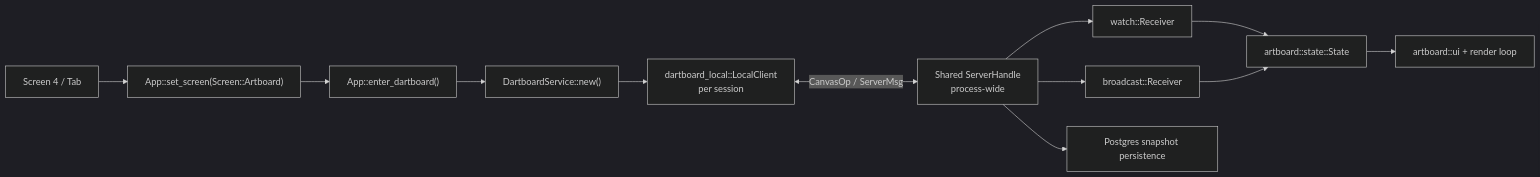
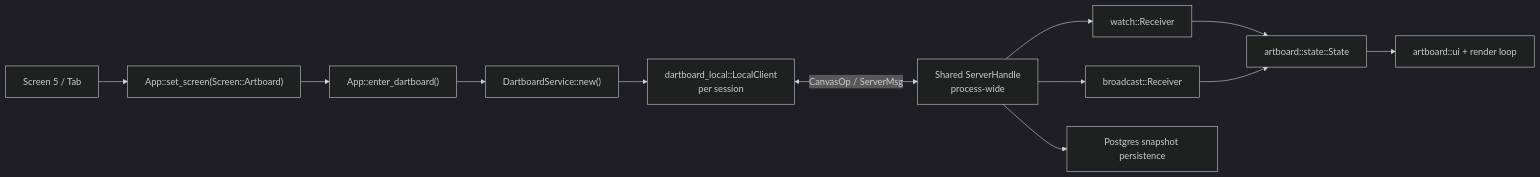
Before and after one commit to mpiorowski/late-sh: the seventh of 7 diagrams in CONTEXT.md, drawn with Mermaid (dark theme). The commit also changed other lines of this file and 13 other files, not shown here.

````diff
--- a/CONTEXT.md
+++ b/CONTEXT.md
@@ -446,14 +453,14 @@
 ```mermaid
 flowchart LR
-    Nav["Screen 4 / Tab"] --> Page["App::set_screen(Screen::Artboard)"]
+    Nav["Screen 5 / Tab"] --> Page["App::set_screen(Screen::Artboard)"]
     Page --> Enter["App::enter_dartboard()"]
     Enter --> Svc["DartboardService::new()"]
     Svc --> Client["dartboard_local::LocalClient<br/>per session"]
     Client <-->|CanvasOp / ServerMsg| Server["Shared ServerHandle<br/>process-wide"]
     Server --> Snap["watch::Receiver<DartboardSnapshot>"]
     Server --> Events["broadcast::Receiver<DartboardEvent>"]
     Snap --> State["artboard::state::State"]
     Events --> State
     State --> UI["artboard::ui + render loop"]
     Server --> Persist["Postgres snapshot persistence"]
 ```
````
